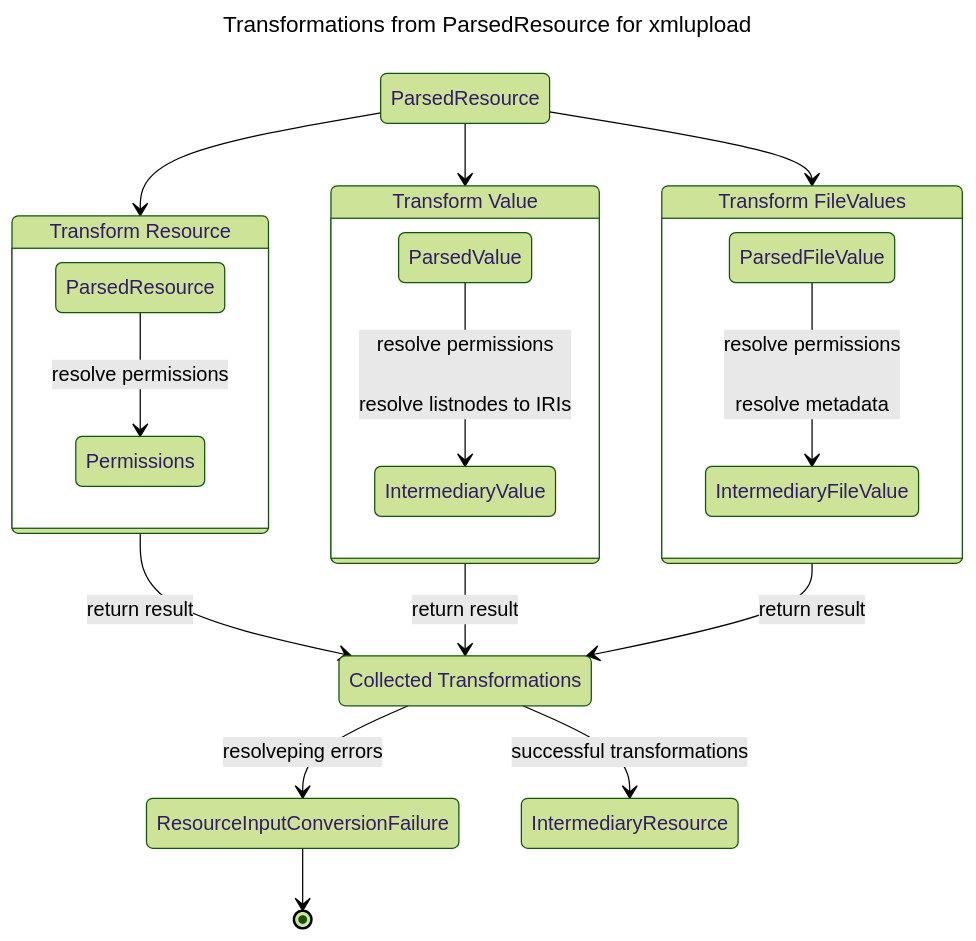
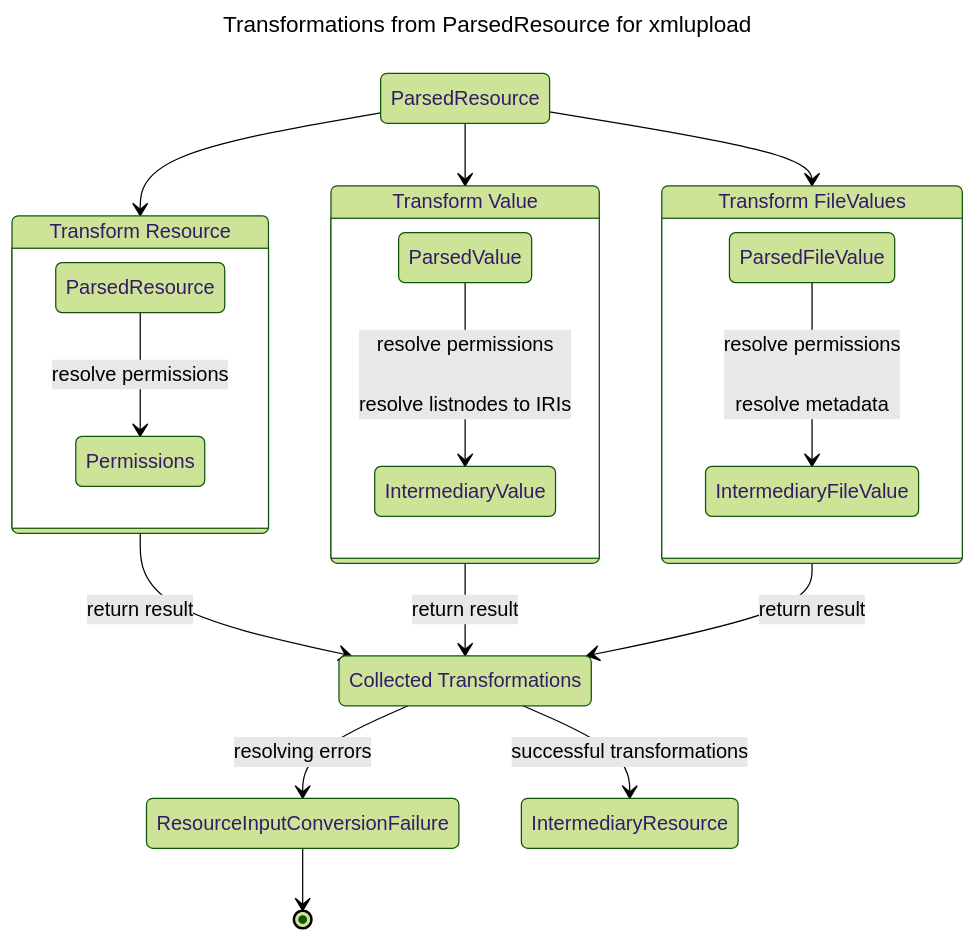
One commit to dasch-swiss/dsp-tools changed the third of 3 diagrams in docs/developers/architecture.md. Above: the diagram before and after it, drawn with Mermaid (forest theme). The commit also changed other lines of this file, not shown here.

````diff
--- a/docs/developers/architecture.md
+++ b/docs/developers/architecture.md
@@ -101,33 +101,33 @@
 ```mermaid
 ---
 title: Transformations from ParsedResource for xmlupload
 ---
 stateDiagram-v2
 
 state "Transform Resource" as transformres
 state "Transform Value" as transformationval
 state "Transform FileValues" as transformfile
 state "ParsedValue" as parsedval
 state "ParsedResource" as parsedres
 state "IntermediaryValue" as valdes
 state "Collected Transformations" as coll
 
 parsedres-->transformfile
 parsedres-->transformationval
 parsedres-->transformres
 state transformres {
     ParsedResource-->Permissions: resolve permissions
 }
 state transformationval {
     parsedval-->valdes: resolve permissions<br/><br/>resolve listnodes to IRIs
 }
 state transformfile {
     ParsedFileValue-->IntermediaryFileValue: resolve permissions<br/><br/>resolve metadata
 }
 transformres-->coll: return result
 transformationval-->coll: return result
 transformfile-->coll: return result
-coll-->ResourceInputConversionFailure: resolveping errors
+coll-->ResourceInputConversionFailure: resolving errors
 ResourceInputConversionFailure-->[*]
 coll-->IntermediaryResource: successful transformations
 ```
````
